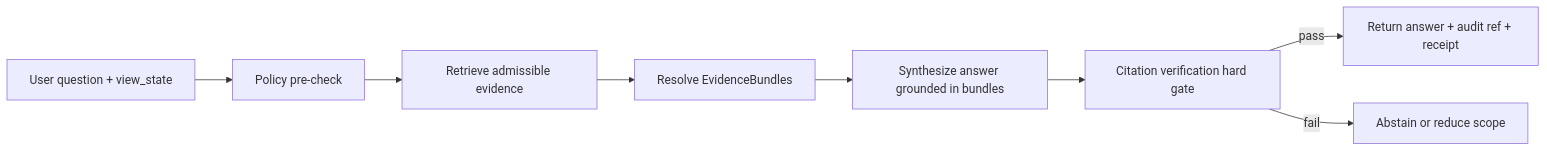
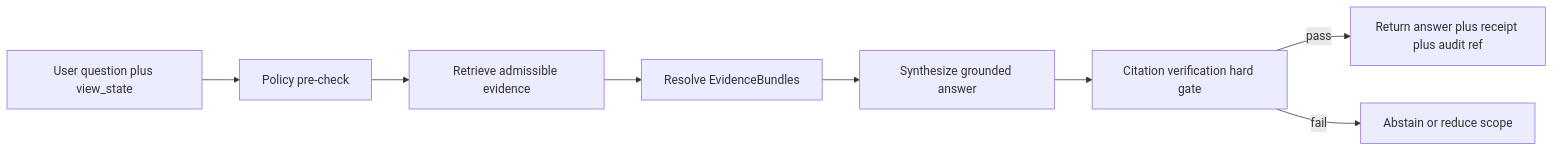
One commit to bartytime4life/Kansas-Frontier-Matrix changed the fourth of 4 diagrams in README.md. Above: the diagram before and after it, drawn with Mermaid. The commit also changed other lines of this file, not shown here.

````diff
--- a/README.md
+++ b/README.md
@@ -341,10 +199,10 @@
 ```mermaid
 flowchart LR
-  Q[User question + view_state] --> P[Policy pre-check]
+  Q[User question plus view_state] --> P[Policy pre-check]
   P --> R[Retrieve admissible evidence]
   R --> B[Resolve EvidenceBundles]
-  B --> S[Synthesize answer grounded in bundles]
+  B --> S[Synthesize grounded answer]
   S --> V[Citation verification hard gate]
-  V -->|pass| O[Return answer + audit ref + receipt]
+  V -->|pass| O[Return answer plus receipt plus audit ref]
   V -->|fail| A[Abstain or reduce scope]
 ```
````
